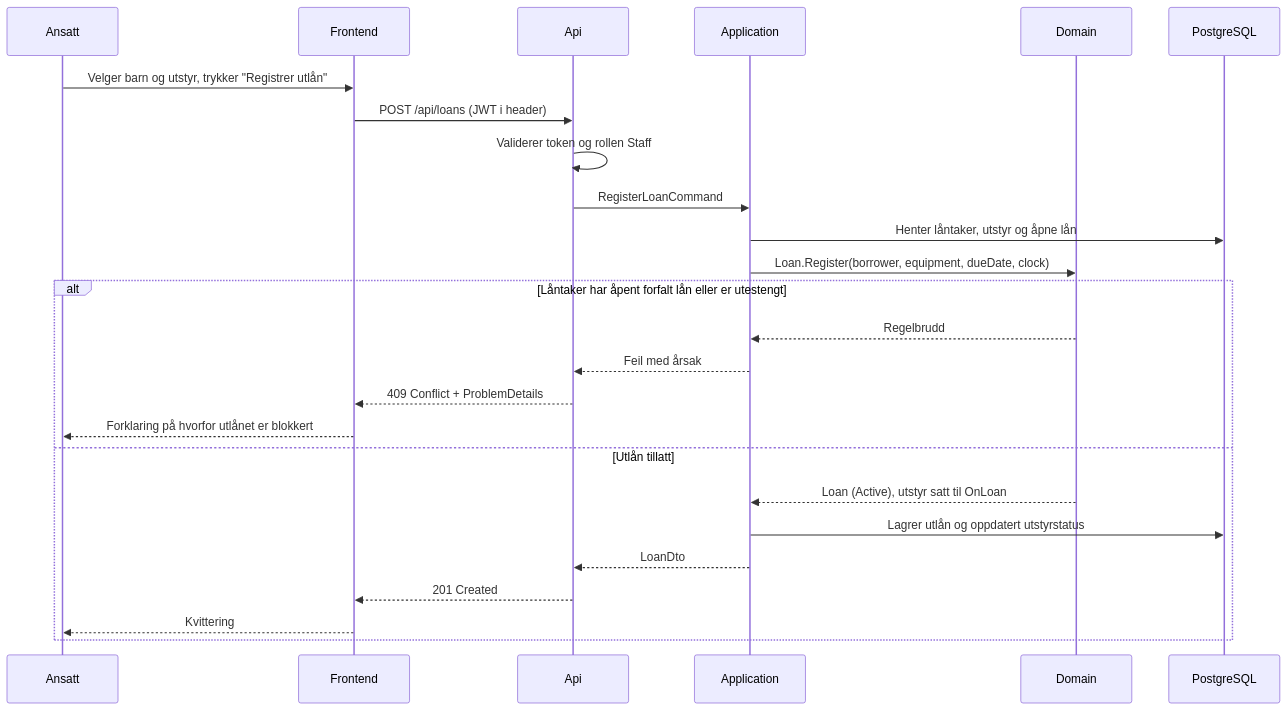
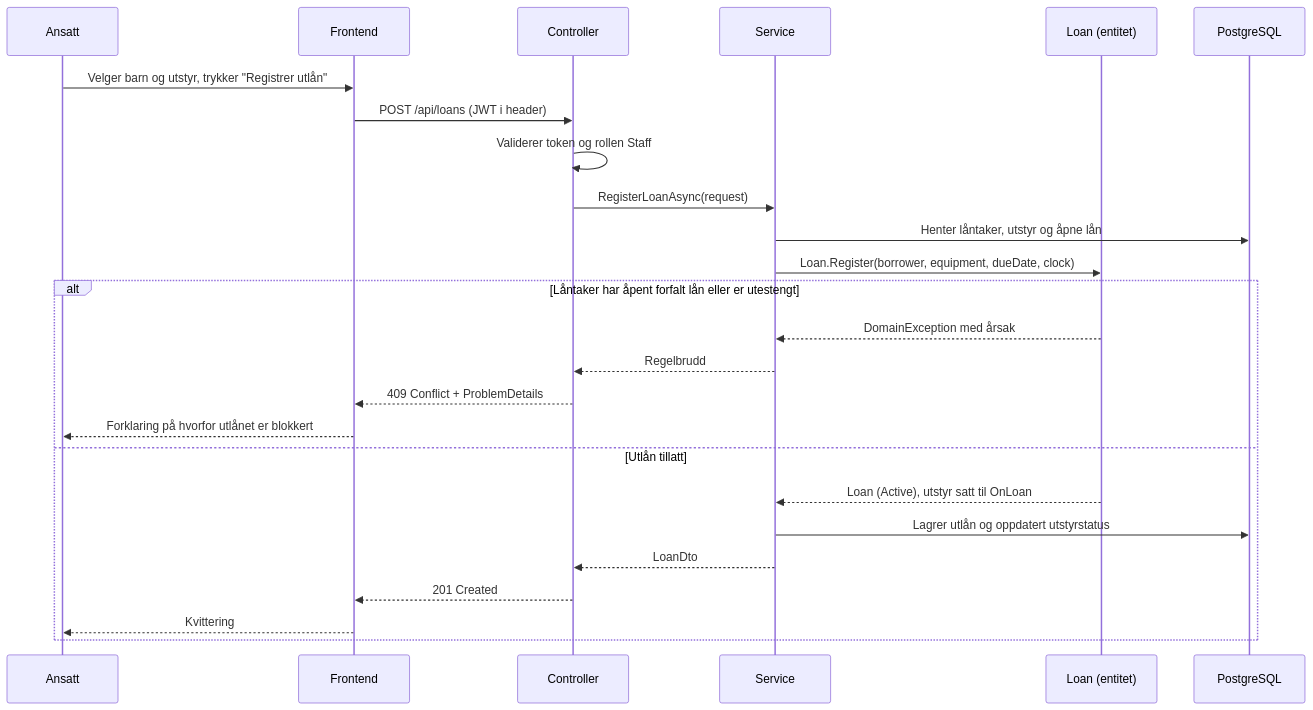
One commit to Ketas1/Fagprove changed the third of 3 diagrams in docs/02-arkitektur.md. Above: the diagram before and after it, drawn with Mermaid. The commit also changed other lines of this file and 63 other files, not shown here.

````diff
--- a/docs/02-arkitektur.md
+++ b/docs/02-arkitektur.md
@@ -103,28 +153,28 @@
 ```mermaid
 sequenceDiagram
     participant A as Ansatt
     participant F as Frontend
-    participant API as Api
-    participant APP as Application
-    participant D as Domain
+    participant C as Controller
+    participant S as Service
+    participant M as Loan (entitet)
     participant DB as PostgreSQL
 
     A->>F: Velger barn og utstyr, trykker "Registrer utlån"
-    F->>API: POST /api/loans (JWT i header)
-    API->>API: Validerer token og rollen Staff
-    API->>APP: RegisterLoanCommand
-    APP->>DB: Henter låntaker, utstyr og åpne lån
-    APP->>D: Loan.Register(borrower, equipment, dueDate, clock)
+    F->>C: POST /api/loans (JWT i header)
+    C->>C: Validerer token og rollen Staff
+    C->>S: RegisterLoanAsync(request)
+    S->>DB: Henter låntaker, utstyr og åpne lån
+    S->>M: Loan.Register(borrower, equipment, dueDate, clock)
     alt Låntaker har åpent forfalt lån eller er utestengt
-        D-->>APP: Regelbrudd
-        APP-->>API: Feil med årsak
-        API-->>F: 409 Conflict + ProblemDetails
+        M-->>S: DomainException med årsak
+        S-->>C: Regelbrudd
+        C-->>F: 409 Conflict + ProblemDetails
         F-->>A: Forklaring på hvorfor utlånet er blokkert
     else Utlån tillatt
-        D-->>APP: Loan (Active), utstyr satt til OnLoan
-        APP->>DB: Lagrer utlån og oppdatert utstyrstatus
-        APP-->>API: LoanDto
-        API-->>F: 201 Created
+        M-->>S: Loan (Active), utstyr satt til OnLoan
+        S->>DB: Lagrer utlån og oppdatert utstyrstatus
+        S-->>C: LoanDto
+        C-->>F: 201 Created
         F-->>A: Kvittering
     end
 ```
````
